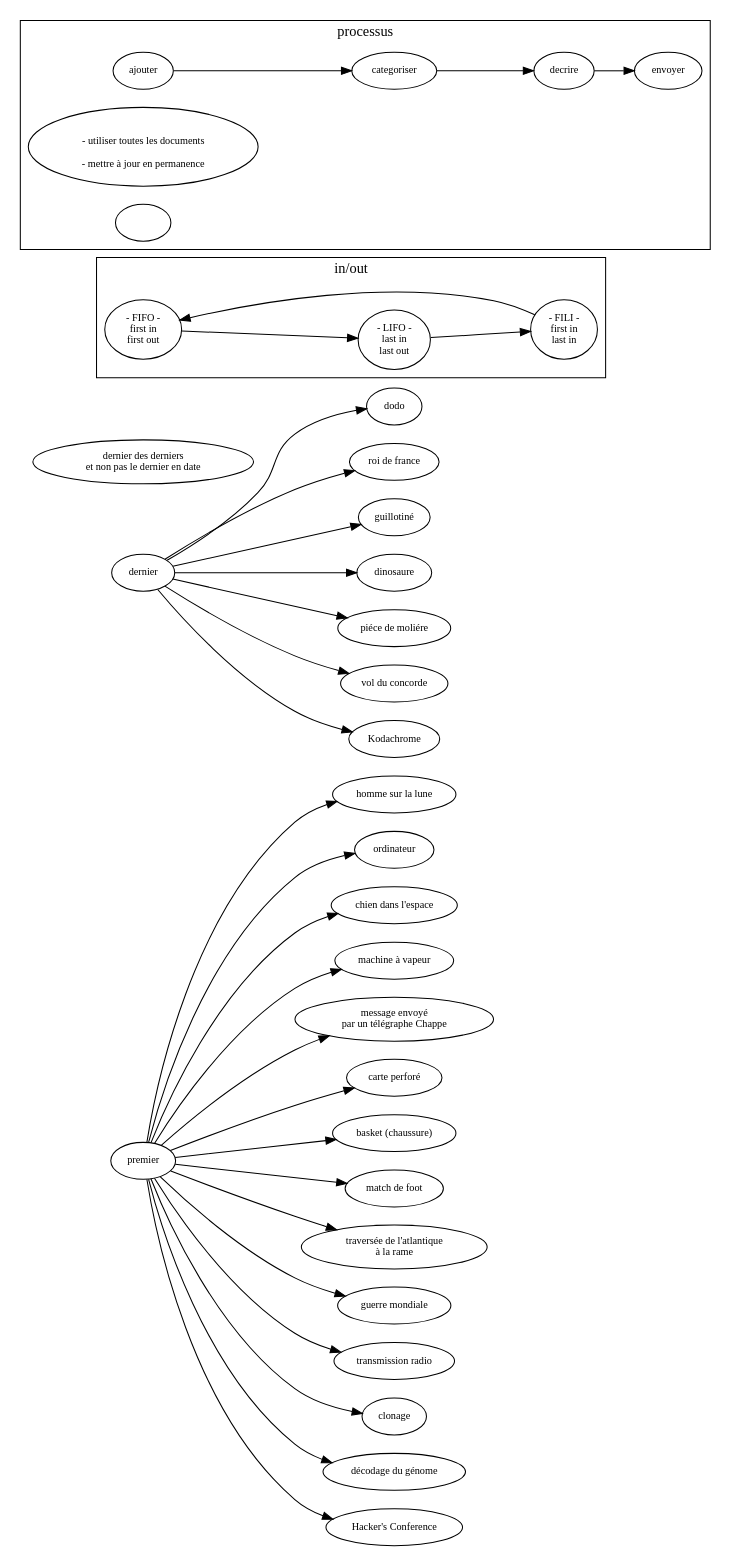
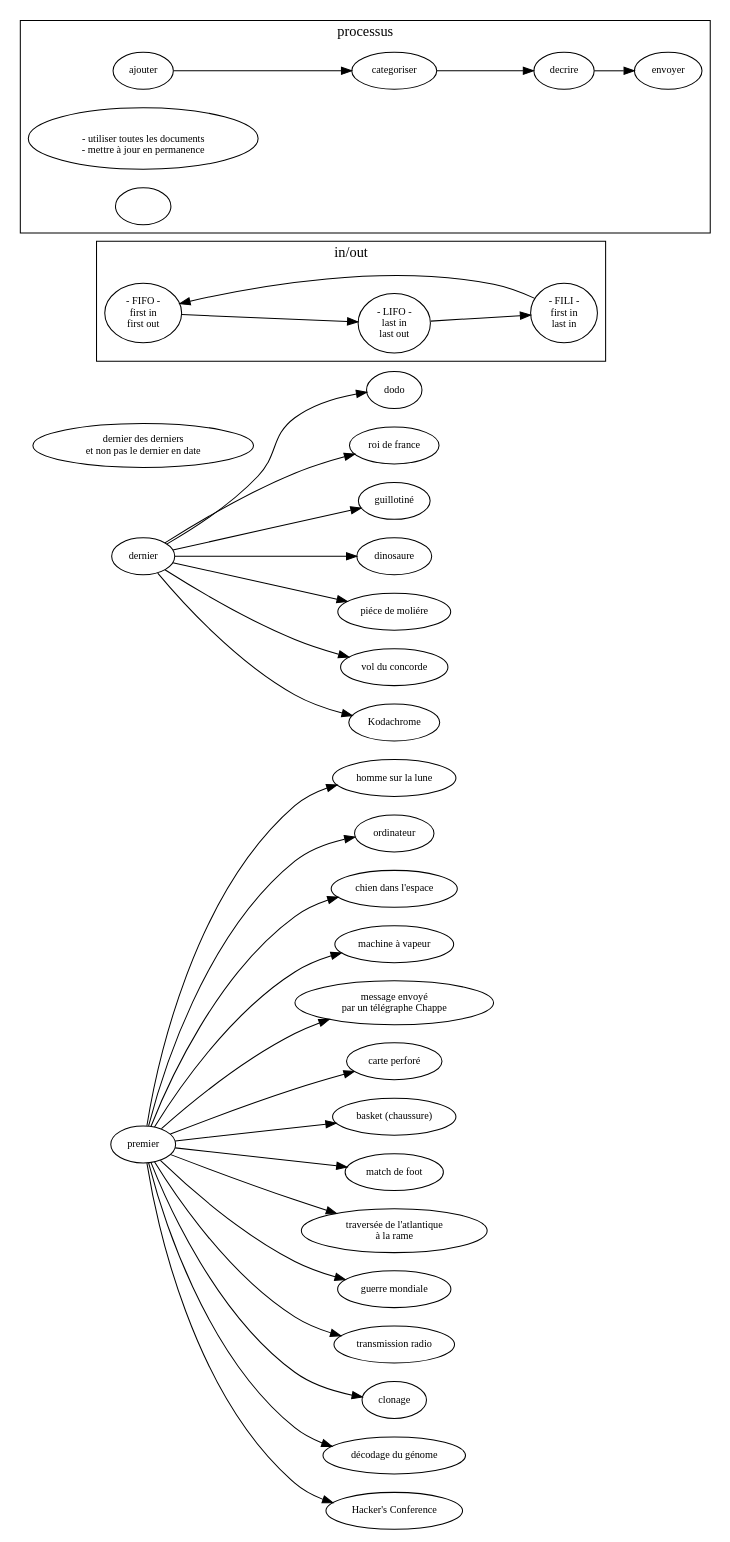
Before and after one commit to ensad-nancy/first-last: the diagram in sujet.dot, drawn with Graphviz.

Commit message:
+- utiliser toutes les documents

```diff
--- a/sujet.dot
+++ b/sujet.dot
@@ -1,66 +1,66 @@
 digraph {
 
 	layout= "dot"
 	
 
 	fontname="myriadpro"
 	fontsize = 14
 	rankdir="LR"
 	
 	
 	node [fontname="myriadpro", fontsize = 10]
 	edge [fontname="monaco", fontsize = 9]
 	
 	first [label="premier"]
 	last [label="dernier"]
 	
 	"dernier des derniers\n et non pas le dernier en date" 
 
 	first -> "homme sur la lune"
 	first -> "ordinateur"
 	first -> "chien dans l'espace"
 	first -> "machine à vapeur"
 	first -> "message envoyé\npar un télégraphe Chappe"
 	first -> "carte perforé"
 	first -> "basket (chaussure)"
 	first -> "match de foot"
 	first -> "traversée de l'atlantique\nà la rame"
 	first -> "guerre mondiale"
 	first -> "transmission radio"
 	first -> "clonage"
 	first -> "décodage du génome"
 	first -> "Hacker's Conference"
 	
 	last -> dodo
 	last -> "roi de france"
 	last -> "guillotiné"
 	last -> "dinosaure"
 	last -> "piéce de moliére"
 	last -> "vol du concorde"
 	last -> "Kodachrome"
 
 	subgraph cluster_FO{
 	
 		label="in/out"
 		
 		FIFO [label="- FIFO -\nfirst in\nfirst out"]
 		LIFO [label="- LIFO -\nlast in\nlast out"]
 		FILI [label="- FILI -\nfirst in\n last in"]
 
 		FILI -> FIFO -> LIFO -> FILI
 	}
 	
 	subgraph cluster_process {
 		
 		label="processus"
 		
 		//get [label="récolter"]
 		
 		ajouter -> categoriser -> decrire -> envoyer
 		
 		"
-- utiliser toutes les documents\n
+- utiliser toutes les documents
 - mettre à jour en permanence"
 		""
 	}
 }
```
